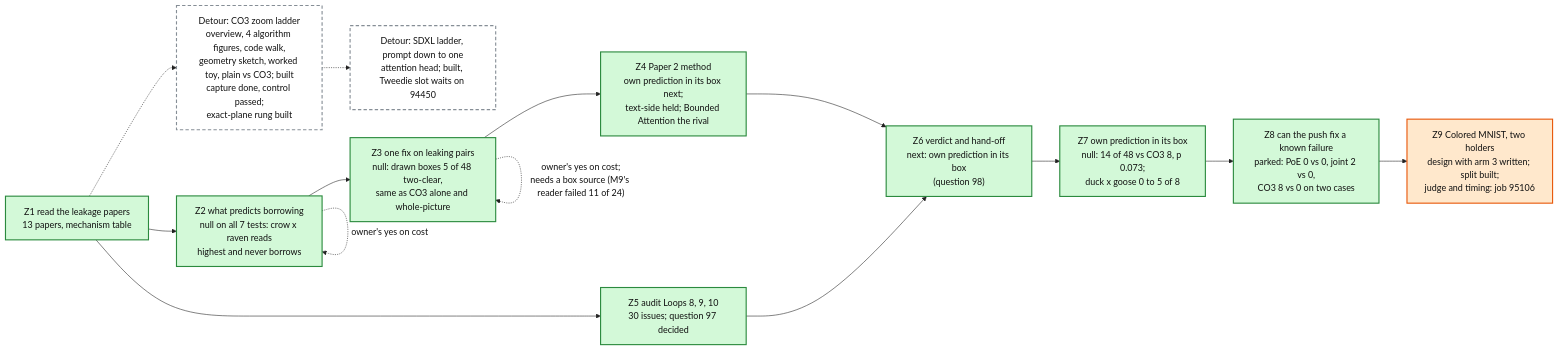
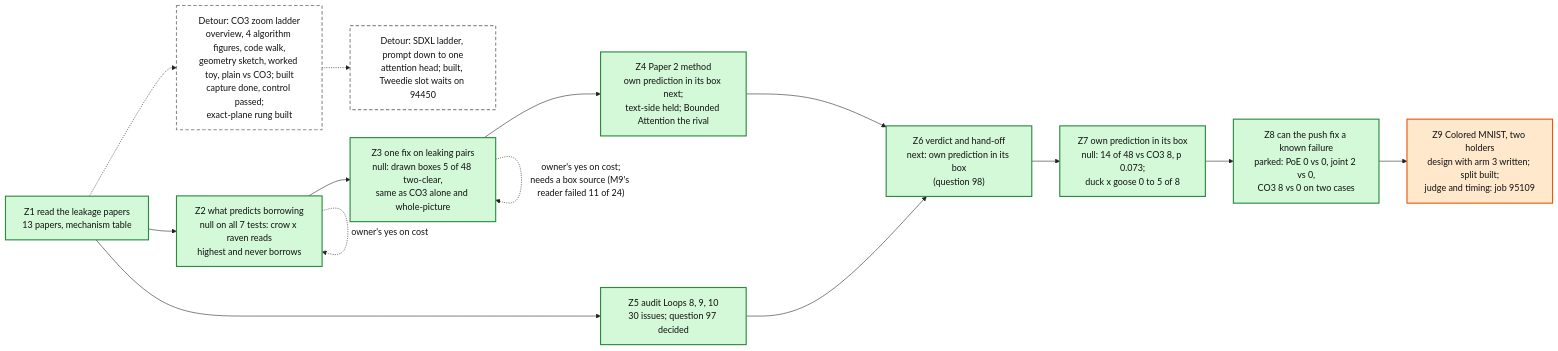
One commit to mo-rsa24/concept-composition changed the diagram in artifacts/notes/progress/leakage/loop-12-progress.mmd. Above: the diagram before and after it, drawn with Mermaid. The commit also changed 1 other file, not shown here.

Commit message:
Loop 12 map: Z9 job 95109

```diff
--- a/artifacts/notes/progress/leakage/loop-12-progress.mmd
+++ b/artifacts/notes/progress/leakage/loop-12-progress.mmd
@@ -1,26 +1,26 @@
 %%{init: {'theme': 'base', 'themeVariables': {'fontFamily': 'monospace', 'primaryColor': '#ffffff', 'primaryBorderColor': '#222222', 'primaryTextColor': '#111111', 'lineColor': '#222222'}}}%%
 flowchart LR
   Z1["Z1 read the leakage papers<br/>13 papers, mechanism table"]:::done
   Z2["Z2 what predicts borrowing<br/>null on all 7 tests: crow x raven reads<br/>highest and never borrows"]:::done
   Z3["Z3 one fix on leaking pairs<br/>null: drawn boxes 5 of 48 two-clear,<br/>same as CO3 alone and whole-picture"]:::done
   Z4["Z4 Paper 2 method<br/>own prediction in its box next;<br/>text-side held; Bounded Attention the rival"]:::done
   Z5["Z5 audit Loops 8, 9, 10<br/>30 issues; question 97 decided"]:::done
   Z6["Z6 verdict and hand-off<br/>next: own prediction in its box<br/>(question 98)"]:::done
   LAD["Detour: CO3 zoom ladder<br/>overview, 4 algorithm figures, code walk,<br/>geometry sketch, worked toy, plain vs CO3; built<br/>capture done, control passed;<br/>exact-plane rung built"]:::detour
   Z1 -.-> LAD
   SDX["Detour: SDXL ladder, prompt down to one<br/>attention head; built, Tweedie slot waits on 94450"]:::detour
   LAD -.-> SDX
   Z1 --> Z2 --> Z3 --> Z4 --> Z6
   Z1 --> Z5 --> Z6
   Z2 -. "owner's yes on cost" .-> Z2
   Z3 -. "owner's yes on cost;<br/>needs a box source (M9's reader failed 11 of 24)" .-> Z3
   Z7["Z7 own prediction in its box<br/>null: 14 of 48 vs CO3 8, p 0.073;<br/>duck x goose 0 to 5 of 8"]:::done
   Z6 --> Z7
   Z8["Z8 can the push fix a known failure<br/>parked: PoE 0 vs 0, joint 2 vs 0,<br/>CO3 8 vs 0 on two cases"]:::done
   Z7 --> Z8
-  Z9["Z9 Colored MNIST, two holders<br/>design with arm 3 written; split built;<br/>judge and timing: job 95106"]:::doing
+  Z9["Z9 Colored MNIST, two holders<br/>design with arm 3 written; split built;<br/>judge and timing: job 95109"]:::doing
   Z8 --> Z9
   classDef done fill:#d3f9d8,stroke:#2b8a3e,stroke-width:2px
   classDef doing fill:#ffe8cc,stroke:#e8590c,stroke-width:2px
   classDef detour fill:#ffffff,stroke:#868e96,stroke-width:2px,stroke-dasharray: 6 4
   classDef todo fill:#f1f3f5,stroke:#868e96,stroke-width:2px
```
